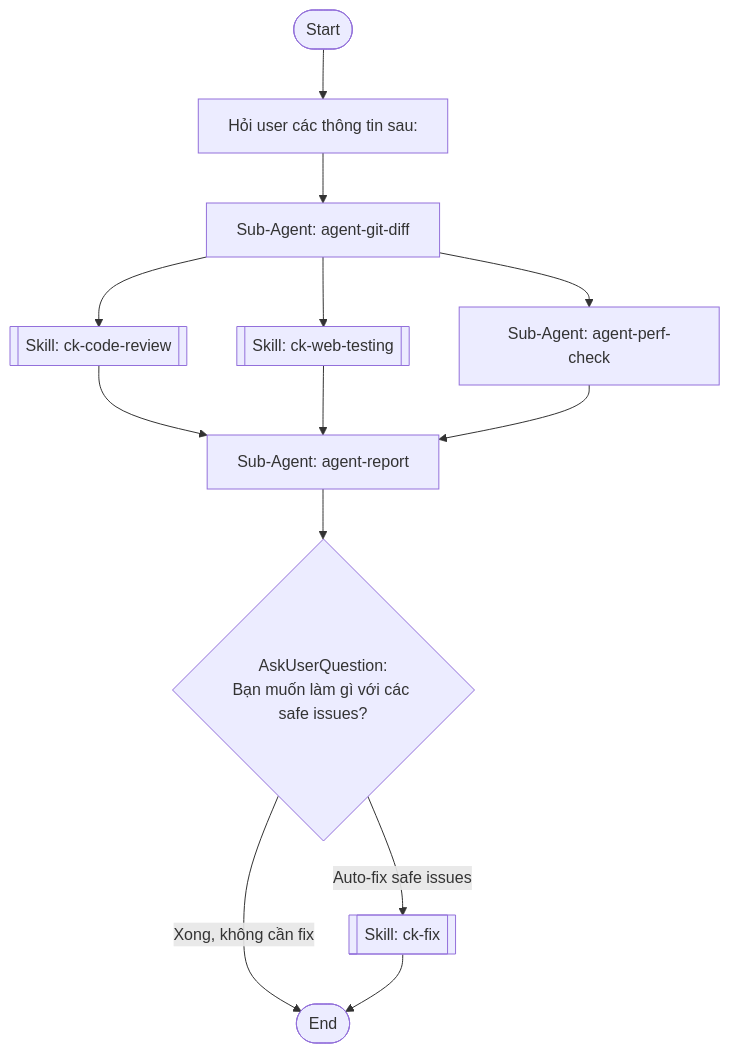
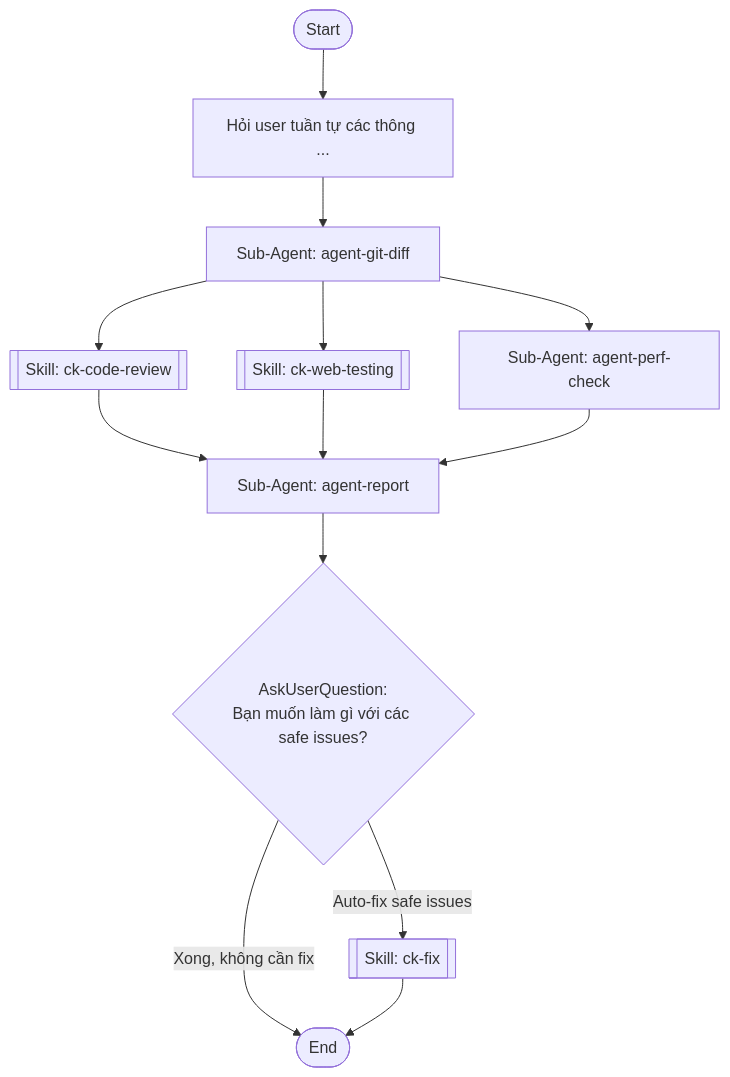
One commit to smit-khoa/template-client-shadcn-vue changed the diagram in .claude/commands/review-fe.md. Above: the diagram before and after it, drawn with Mermaid. The commit also changed other lines of this file and 4 other files, not shown here.

````diff
--- a/.claude/commands/review-fe.md
+++ b/.claude/commands/review-fe.md
@@ -4,26 +4,26 @@
 ```mermaid
 flowchart TD
     start-node-default([Start])
-    prompt-branch-input[Hỏi user các thông tin sau:]
+    prompt-branch-input[Hỏi user tuần tự các thông ...]
     agent-git-diff[Sub-Agent: agent-git-diff]
     skill-code-review[[Skill: ck-code-review]]
     skill-visual-test[[Skill: ck-web-testing]]
     agent-perf-check[Sub-Agent: agent-perf-check]
     agent-report[Sub-Agent: agent-report]
     ask-fix-action{AskUserQuestion:<br/>Bạn muốn làm gì với các safe issues?}
     skill-auto-fix[[Skill: ck-fix]]
     end_node_default([End])
 
     start-node-default --> prompt-branch-input
     prompt-branch-input --> agent-git-diff
     agent-git-diff --> skill-code-review
     agent-git-diff --> skill-visual-test
     agent-git-diff --> agent-perf-check
     skill-code-review --> agent-report
     skill-visual-test --> agent-report
     agent-perf-check --> agent-report
     agent-report --> ask-fix-action
     ask-fix-action -->|Auto-fix safe issues| skill-auto-fix
     ask-fix-action -->|Xong, không cần fix| end_node_default
     skill-auto-fix --> end_node_default
 ```
````
